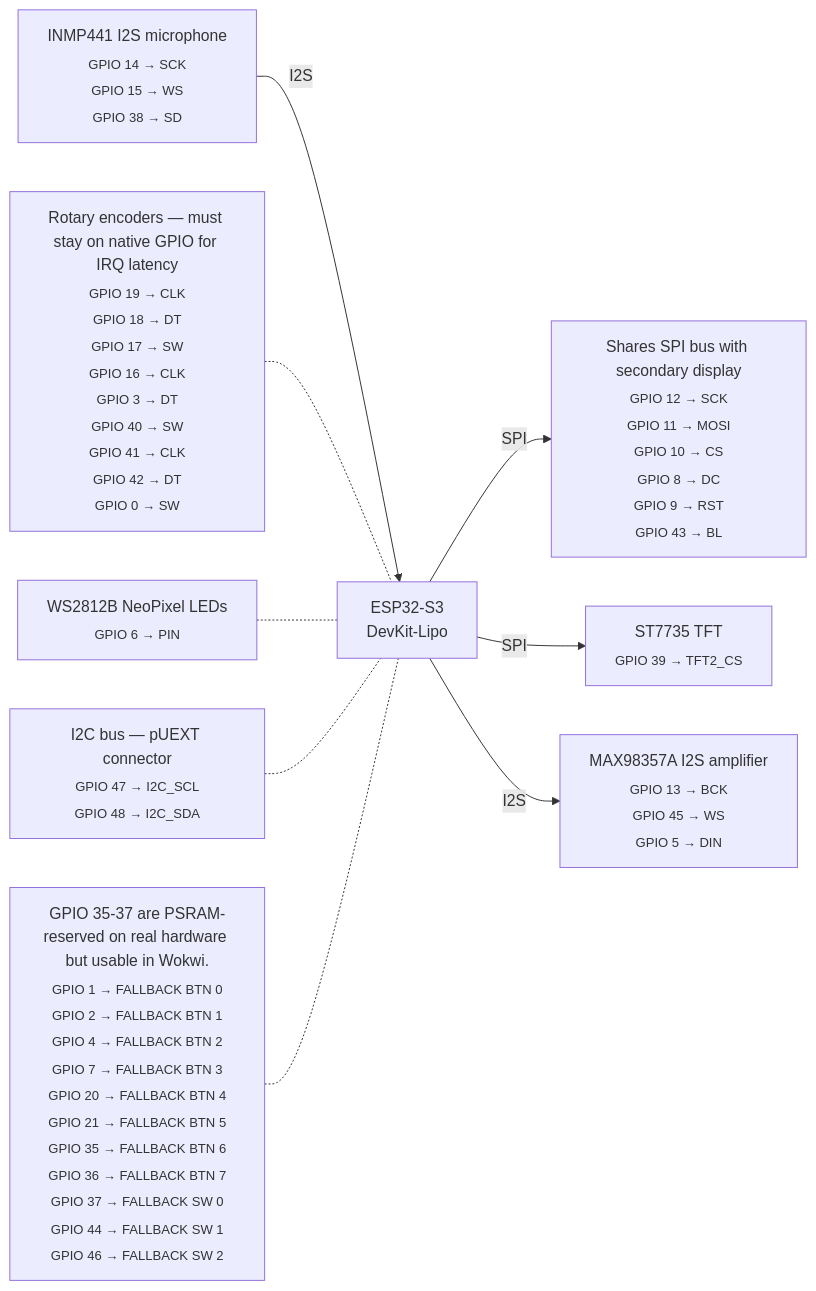
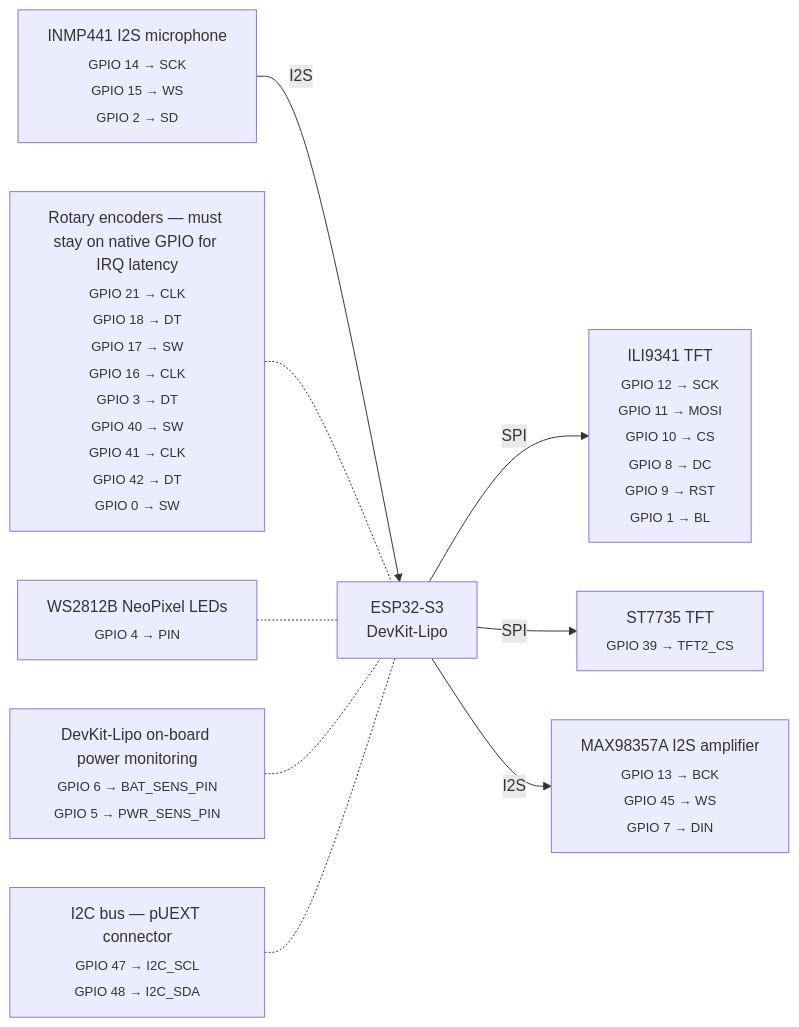
The diagram in docs/wiring.md (mandakan/bodn-esp32), drawn with Mermaid before and after one commit. The commit also changed other lines of this file and 11 other files, not shown here.

First line of the commit message:
Battery indicator + fix all GPIO conflicts before hardware build (#21)

````diff
--- a/docs/wiring.md
+++ b/docs/wiring.md
@@ -8,29 +8,29 @@
 ```mermaid
 graph LR
     ESP["ESP32-S3<br/>DevKit-Lipo"]
 
-    SharesSPIbuswithsecondarydisplay["Shares SPI bus with secondary display<br/><sub>GPIO 12 → SCK<br/>GPIO 11 → MOSI<br/>GPIO 10 → CS<br/>GPIO 8 → DC<br/>GPIO 9 → RST<br/>GPIO 43 → BL</sub>"]
-    ESP -- SPI --> SharesSPIbuswithsecondarydisplay
+    ILI9341TFT["ILI9341 TFT<br/><sub>GPIO 12 → SCK<br/>GPIO 11 → MOSI<br/>GPIO 10 → CS<br/>GPIO 8 → DC<br/>GPIO 9 → RST<br/>GPIO 1 → BL</sub>"]
+    ESP -- SPI --> ILI9341TFT
 
     ST7735TFT["ST7735 TFT<br/><sub>GPIO 39 → TFT2_CS</sub>"]
     ESP -- SPI --> ST7735TFT
 
-    INMP441I2Smicrophone["INMP441 I2S microphone<br/><sub>GPIO 14 → SCK<br/>GPIO 15 → WS<br/>GPIO 38 → SD</sub>"]
+    INMP441I2Smicrophone["INMP441 I2S microphone<br/><sub>GPIO 14 → SCK<br/>GPIO 15 → WS<br/>GPIO 2 → SD</sub>"]
     INMP441I2Smicrophone -- I2S --> ESP
 
-    MAX98357AI2Samplifier["MAX98357A I2S amplifier<br/><sub>GPIO 13 → BCK<br/>GPIO 45 → WS<br/>GPIO 5 → DIN</sub>"]
+    MAX98357AI2Samplifier["MAX98357A I2S amplifier<br/><sub>GPIO 13 → BCK<br/>GPIO 45 → WS<br/>GPIO 7 → DIN</sub>"]
     ESP -- I2S --> MAX98357AI2Samplifier
 
-    RotaryencodersmuststayonnativeGPIOforIRQlatency["Rotary encoders — must stay on native GPIO for IRQ latency<br/><sub>GPIO 19 → CLK<br/>GPIO 18 → DT<br/>GPIO 17 → SW<br/>GPIO 16 → CLK<br/>GPIO 3 → DT<br/>GPIO 40 → SW<br/>GPIO 41 → CLK<br/>GPIO 42 → DT<br/>GPIO 0 → SW</sub>"]
+    RotaryencodersmuststayonnativeGPIOforIRQlatency["Rotary encoders — must stay on native GPIO for IRQ latency<br/><sub>GPIO 21 → CLK<br/>GPIO 18 → DT<br/>GPIO 17 → SW<br/>GPIO 16 → CLK<br/>GPIO 3 → DT<br/>GPIO 40 → SW<br/>GPIO 41 → CLK<br/>GPIO 42 → DT<br/>GPIO 0 → SW</sub>"]
     RotaryencodersmuststayonnativeGPIOforIRQlatency -.- ESP
 
-    WS2812BNeoPixelLEDs["WS2812B NeoPixel LEDs<br/><sub>GPIO 6 → PIN</sub>"]
+    WS2812BNeoPixelLEDs["WS2812B NeoPixel LEDs<br/><sub>GPIO 4 → PIN</sub>"]
     WS2812BNeoPixelLEDs -.- ESP
+
+    DevKitLipoonboardpowermonitoring["DevKit-Lipo on-board power monitoring<br/><sub>GPIO 6 → BAT_SENS_PIN<br/>GPIO 5 → PWR_SENS_PIN</sub>"]
+    DevKitLipoonboardpowermonitoring -.- ESP
 
     I2CbuspUEXTconnector["I2C bus — pUEXT connector<br/><sub>GPIO 47 → I2C_SCL<br/>GPIO 48 → I2C_SDA</sub>"]
     I2CbuspUEXTconnector -.- ESP
 
-    GPIO3537arePSRAMreservedonrealhardwarebutusableinWokwi["GPIO 35-37 are PSRAM-reserved on real hardware but usable in Wokwi.<br/><sub>GPIO 1 → FALLBACK BTN 0<br/>GPIO 2 → FALLBACK BTN 1<br/>GPIO 4 → FALLBACK BTN 2<br/>GPIO 7 → FALLBACK BTN 3<br/>GPIO 20 → FALLBACK BTN 4<br/>GPIO 21 → FALLBACK BTN 5<br/>GPIO 35 → FALLBACK BTN 6<br/>GPIO 36 → FALLBACK BTN 7<br/>GPIO 37 → FALLBACK SW 0<br/>GPIO 44 → FALLBACK SW 1<br/>GPIO 46 → FALLBACK SW 2</sub>"]
-    GPIO3537arePSRAMreservedonrealhardwarebutusableinWokwi -.- ESP
-
 ```
````
